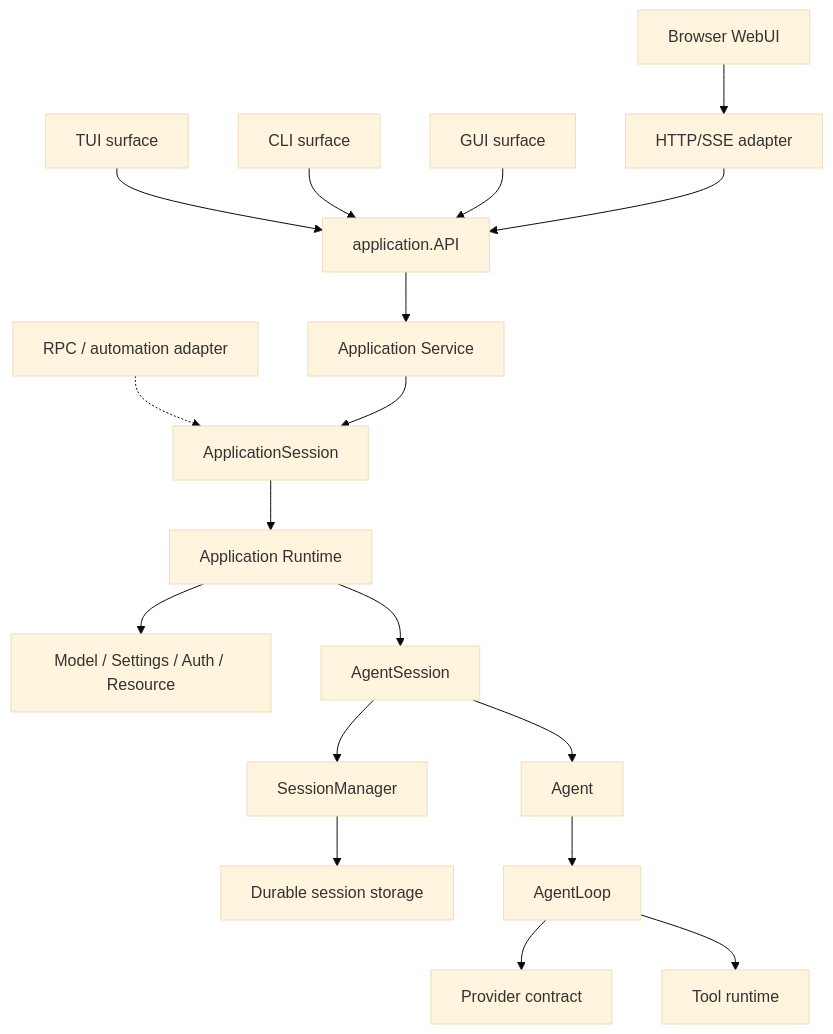
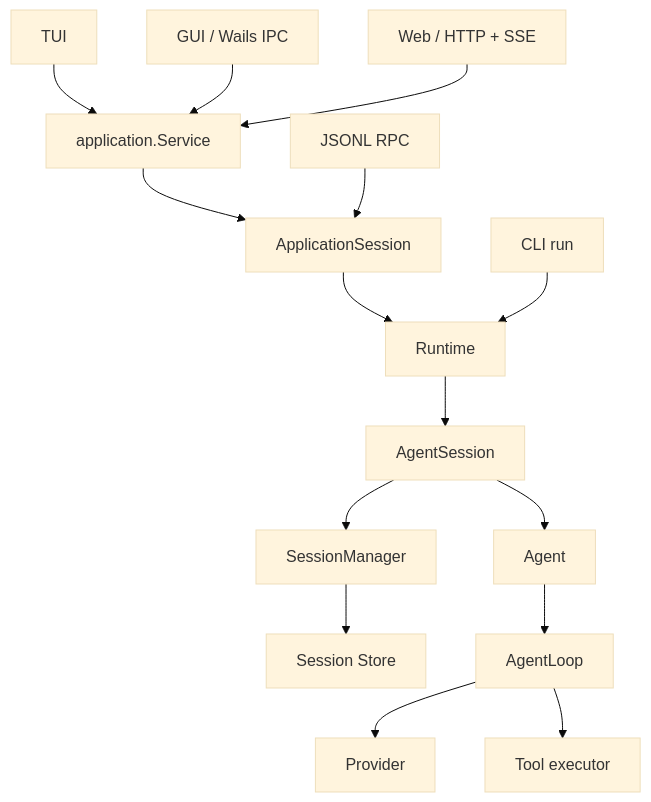
Before and after one commit to cat3399/pi-go: the diagram in docs/ARCHITECTURE.md, drawn with Mermaid (base theme). The commit also changed other lines of this file and 75 other files, not shown here.

````diff
--- a/docs/ARCHITECTURE.md
+++ b/docs/ARCHITECTURE.md
@@ -36,20 +8,17 @@
 ```mermaid
 flowchart TB
-    TUI["TUI surface"] --> API["application.API"]
-    CLI["CLI surface"] --> API
-    GUI["GUI surface"] --> API
-    Browser["Browser WebUI"] --> Web["HTTP/SSE adapter"]
-    Web --> API
-    RPC["RPC / automation adapter"] -.-> AppSession["ApplicationSession"]
-    API --> Service["Application Service"]
-    Service --> AppSession
-    AppSession --> Runtime["Application Runtime"]
-    Runtime --> Services["Model / Settings / Auth / Resource"]
-    Runtime --> Session["AgentSession"]
-    Session --> Agent["Agent"]
-    Session --> Manager["SessionManager"]
-    Manager --> Store["Durable session storage"]
-    Agent --> Loop["AgentLoop"]
-    Loop --> Provider["Provider contract"]
-    Loop --> Tools["Tool runtime"]
+    TUI[TUI] --> Service[application.Service]
+    GUI[GUI / Wails IPC] --> Service
+    Web[Web / HTTP + SSE] --> Service
+    Service --> AppSession[ApplicationSession]
+    RPC[JSONL RPC] --> AppSession
+    AppSession --> Runtime[Runtime]
+    CLI[CLI run] --> Runtime
+    Runtime --> Session[AgentSession]
+    Session --> Agent[Agent]
+    Session --> Manager[SessionManager]
+    Manager --> Store[Session Store]
+    Agent --> Loop[AgentLoop]
+    Loop --> Provider[Provider]
+    Loop --> Tools[Tool executor]
 ```
````
